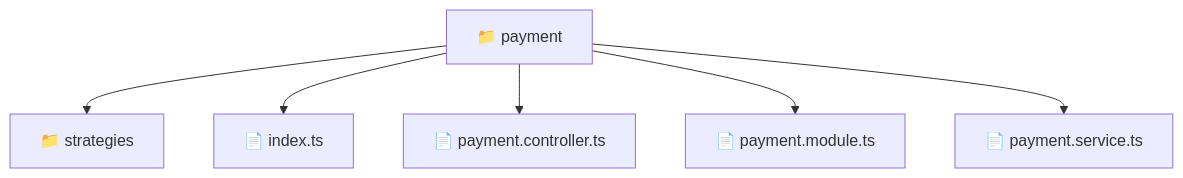
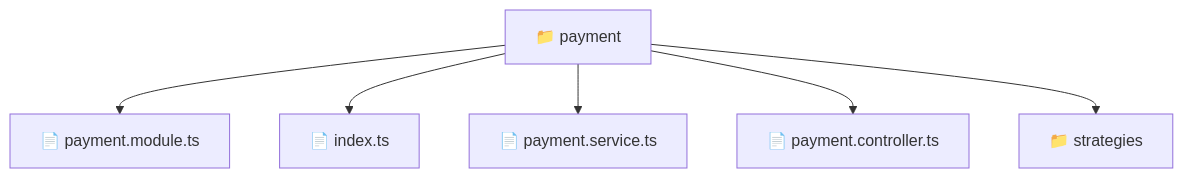
The diagram in backend/src/modules/payment/README.md (beginwebdev2002/fullstack-mavluda), drawn with Mermaid before and after one commit. The commit also changed other lines of this file and 164 other files, not shown here.

First line of the commit message:
docs: generate robust autonomous architectural documentation

````diff
--- a/backend/src/modules/payment/README.md
+++ b/backend/src/modules/payment/README.md
@@ -9,9 +11,9 @@
 ```mermaid
 graph TD
-  Root["📁 payment"]
-  Root --> strategies["📁 strategies"]
-  Root --> index_ts["📄 index.ts"]
-  Root --> payment_controller_ts["📄 payment.controller.ts"]
-  Root --> payment_module_ts["📄 payment.module.ts"]
-  Root --> payment_service_ts["📄 payment.service.ts"]
+    f_payment["📁 payment"]
+    f_payment --> f_payment_module_ts["📄 payment.module.ts"]
+    f_payment --> f_index_ts["📄 index.ts"]
+    f_payment --> f_payment_service_ts["📄 payment.service.ts"]
+    f_payment --> f_payment_controller_ts["📄 payment.controller.ts"]
+    f_payment --> f_strategies["📁 strategies"]
 ```
````
